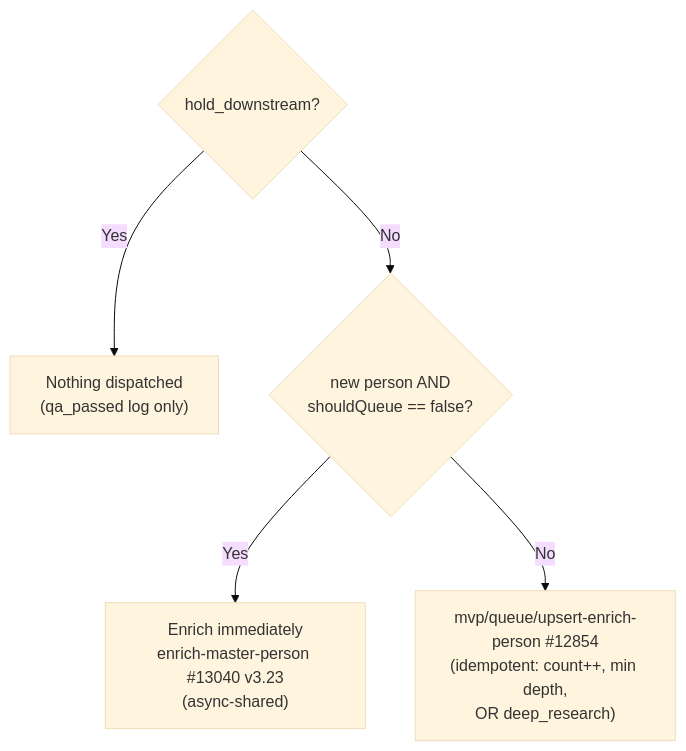
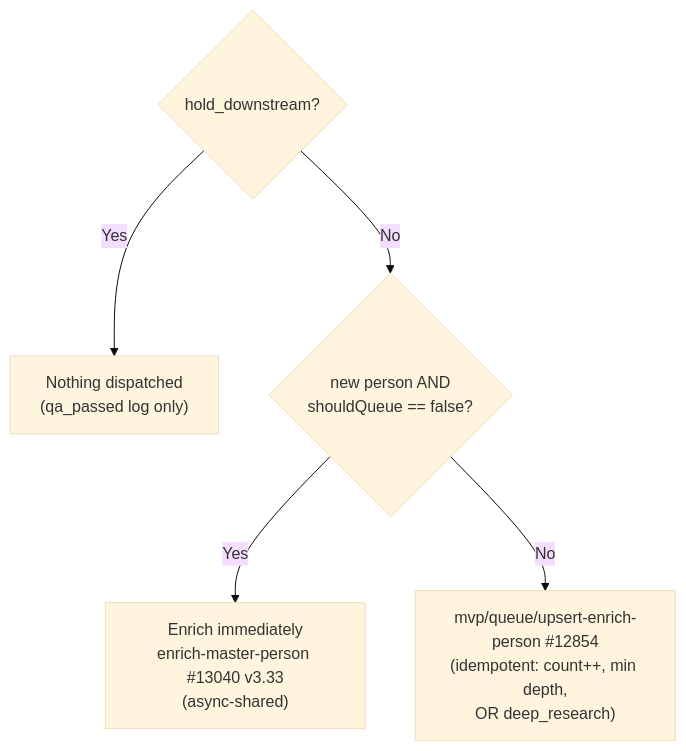
One commit to M-Pederson/docs changed the second of 2 diagrams in guides/enrichment/waterfall/person-entry-points.mdx. Above: the diagram before and after it, drawn with Mermaid (base theme). The commit also changed other lines of this file and 14 other files, not shown here.

````diff
--- a/guides/enrichment/waterfall/person-entry-points.mdx
+++ b/guides/enrichment/waterfall/person-entry-points.mdx
@@ -334,7 +348,7 @@
 ```mermaid
 graph TD
     A{hold_downstream?} -->|Yes| H["Nothing dispatched<br/>(qa_passed log only)"]
     A -->|No| B{"new person AND<br/>shouldQueue == false?"}
-    B -->|Yes| C["Enrich immediately<br/>enrich-master-person #13040 v3.23<br/>(async-shared)"]
+    B -->|Yes| C["Enrich immediately<br/>enrich-master-person #13040 v3.33<br/>(async-shared)"]
     B -->|No| D["mvp/queue/upsert-enrich-person #12854<br/>(idempotent: count++, min depth,<br/>OR deep_research)"]
 ```
````
